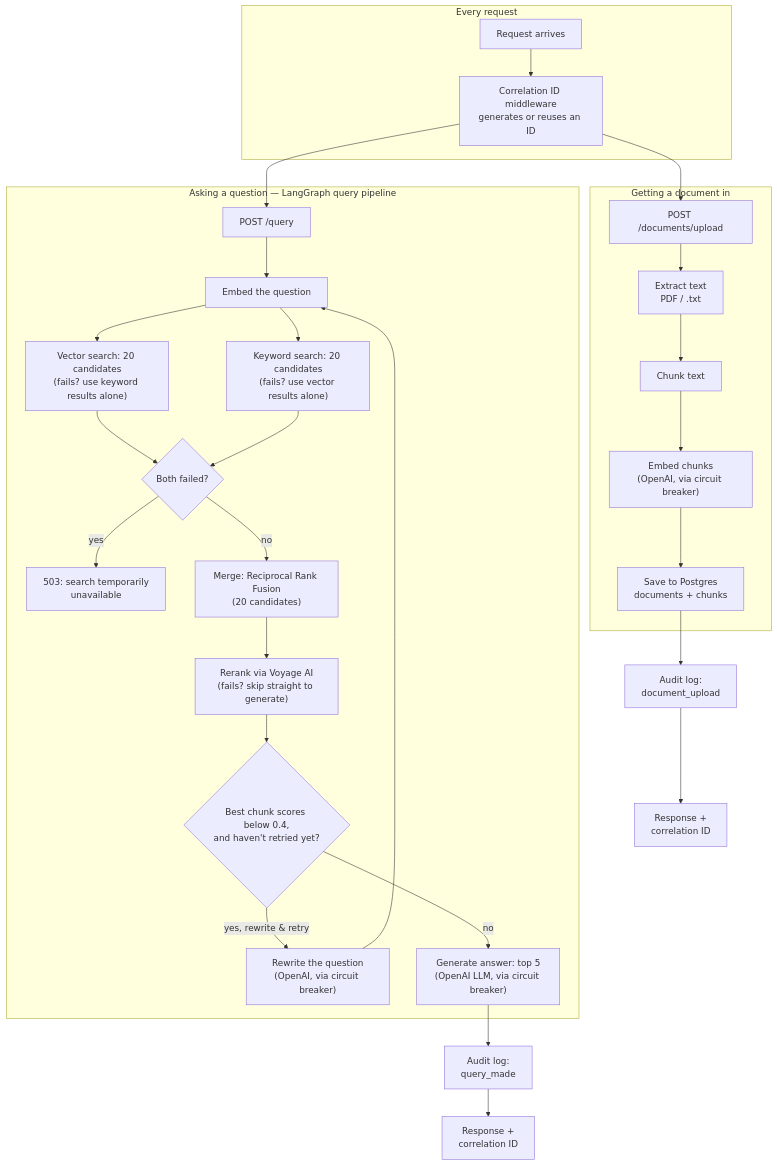
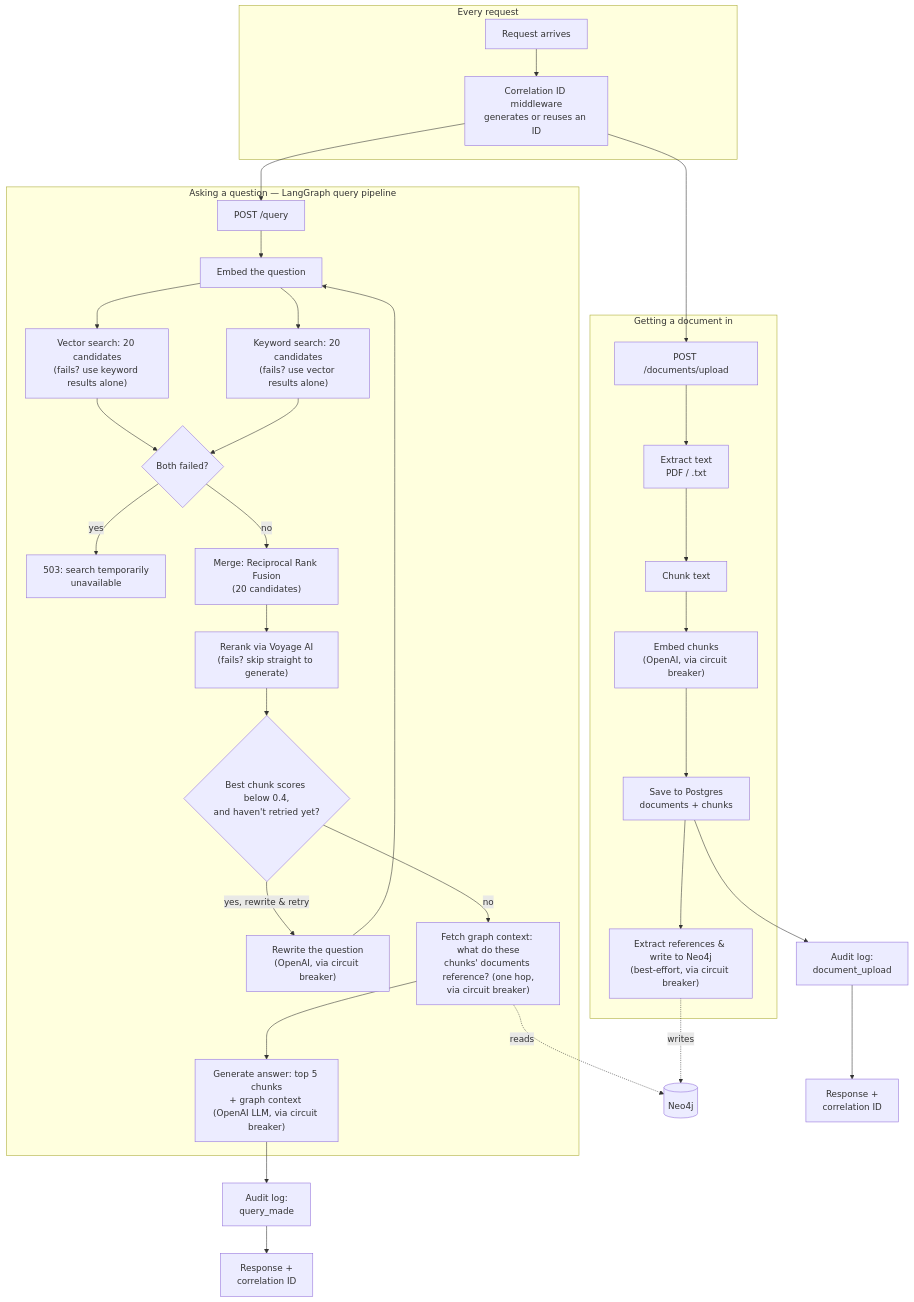
The first of 2 diagrams in knowledge-brain/docs/ARCHITECTURE.md (NavdeepTU/genai_projects), drawn with Mermaid before and after one commit. The commit also changed other lines of this file and 19 other files, not shown here.

First line of the commit message:
Add Neo4j document relationship graph (Feature 6)

````diff
--- a/knowledge-brain/docs/ARCHITECTURE.md
+++ b/knowledge-brain/docs/ARCHITECTURE.md
@@ -21,37 +25,42 @@
 ```mermaid
 flowchart TD
     subgraph mw["Every request"]
         REQ[Request arrives] --> CID[Correlation ID middleware<br/>generates or reuses an ID]
     end
 
     CID --> UP[POST /documents/upload]
     CID --> Q[POST /query]
 
     subgraph ingest["Getting a document in"]
         UP --> EXTRACT[Extract text<br/>PDF / .txt]
         EXTRACT --> CHUNK[Chunk text]
         CHUNK --> EMBED["Embed chunks<br/>(OpenAI, via circuit breaker)"]
         EMBED --> SAVE[Save to Postgres<br/>documents + chunks]
+        SAVE --> BUILDREFS["Extract references & write to Neo4j<br/>(best-effort, via circuit breaker)"]
     end
 
     subgraph retrieve["Asking a question — LangGraph query pipeline"]
         Q --> QEMBED[Embed the question]
         QEMBED --> VEC["Vector search: 20 candidates<br/>(fails? use keyword results alone)"]
         QEMBED --> KW["Keyword search: 20 candidates<br/>(fails? use vector results alone)"]
         VEC --> BOTH{Both failed?}
         KW --> BOTH
         BOTH -->|yes| ERR[503: search temporarily<br/>unavailable]
         BOTH -->|no| RRF["Merge: Reciprocal Rank Fusion<br/>(20 candidates)"]
         RRF --> RERANK["Rerank via Voyage AI<br/>(fails? skip straight to generate)"]
         RERANK --> CHECK{Best chunk scores below 0.4,<br/>and haven't retried yet?}
         CHECK -->|yes, rewrite & retry| REWRITE["Rewrite the question<br/>(OpenAI, via circuit breaker)"]
         REWRITE --> QEMBED
-        CHECK -->|no| GEN["Generate answer: top 5<br/>(OpenAI LLM, via circuit breaker)"]
+        CHECK -->|no| GRAPHCTX["Fetch graph context: what do these<br/>chunks' documents reference? (one hop,<br/>via circuit breaker)"]
+        GRAPHCTX --> GEN["Generate answer: top 5 chunks<br/>+ graph context (OpenAI LLM, via circuit breaker)"]
     end
+
+    BUILDREFS -.writes.-> NEO4J[(Neo4j)]
+    GRAPHCTX -.reads.-> NEO4J
 
     SAVE --> AUDIT1[Audit log:<br/>document_upload]
     GEN --> AUDIT2[Audit log:<br/>query_made]
 
     AUDIT1 --> RESP1[Response +<br/>correlation ID]
     AUDIT2 --> RESP2[Response +<br/>correlation ID]
 ```
````
